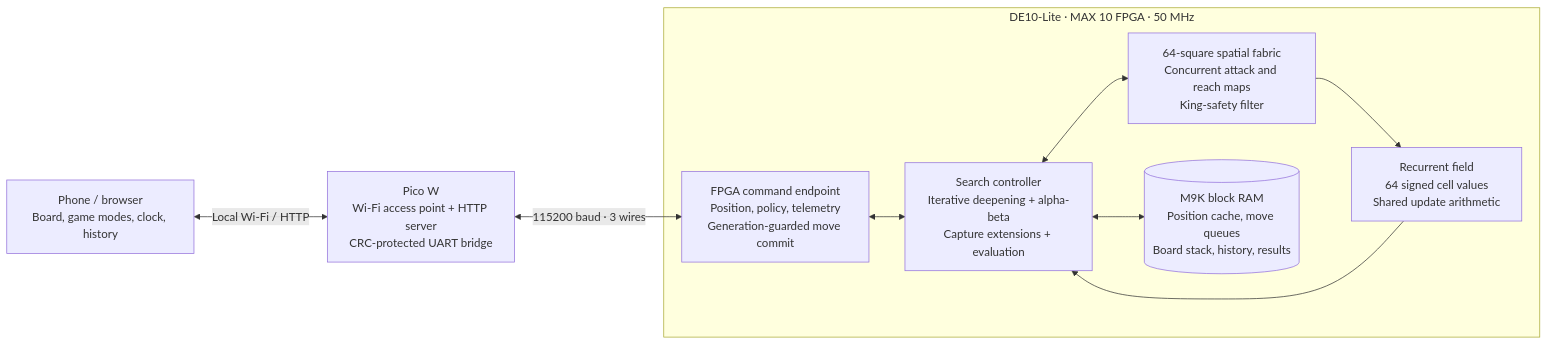
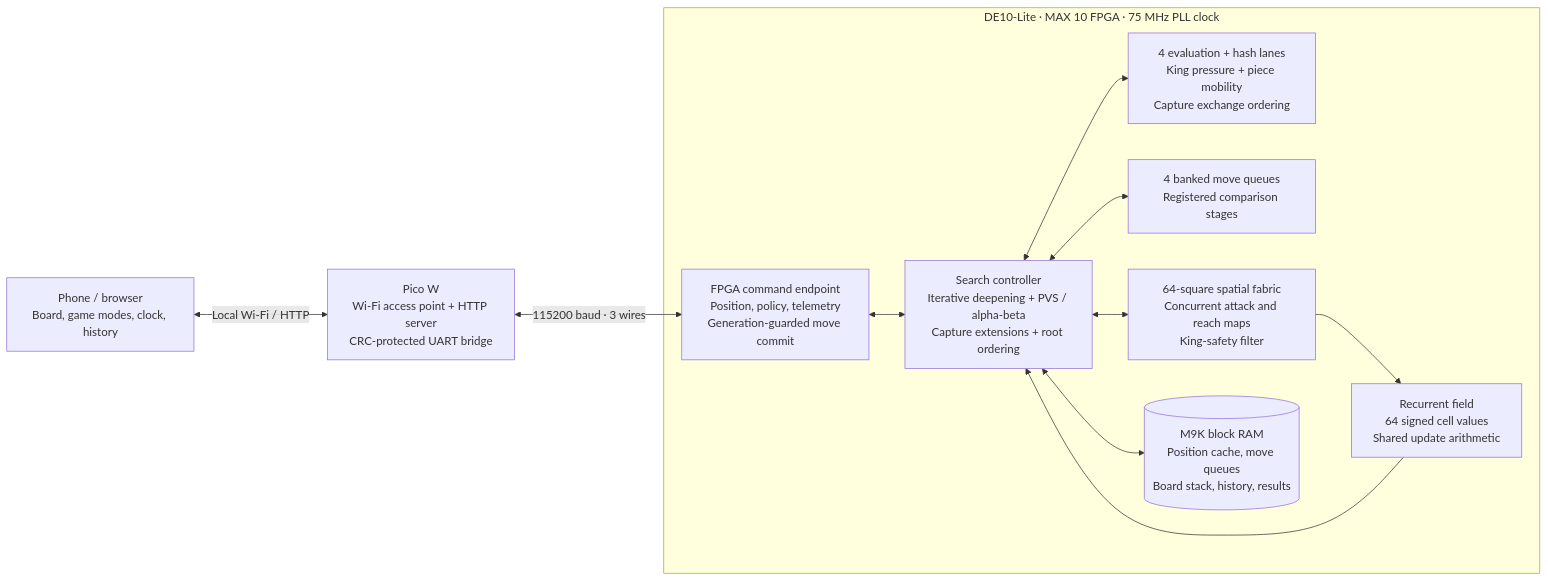
Before and after one commit to phase0noise/DE10LiteChess: the diagram in README.md, drawn with Mermaid. The commit also changed other lines of this file and 41 other files, not shown here.

Commit message:
Advance chess search and close FPGA timing at 75 MHz

````diff
--- a/README.md
+++ b/README.md
@@ -15,19 +15,23 @@
 ```mermaid
 flowchart LR
     Phone["Phone / browser<br/>Board, game modes, clock, history"]
     Pico["Pico W<br/>Wi-Fi access point + HTTP server<br/>CRC-protected UART bridge"]
     API["FPGA command endpoint<br/>Position, policy, telemetry<br/>Generation-guarded move commit"]
-    Search["Search controller<br/>Iterative deepening + alpha-beta<br/>Capture extensions + evaluation"]
+    Search["Search controller<br/>Iterative deepening + PVS / alpha-beta<br/>Capture extensions + root ordering"]
+    Eval["4 evaluation + hash lanes<br/>King pressure + piece mobility<br/>Capture exchange ordering"]
+    Queue["4 banked move queues<br/>Registered comparison stages"]
     Spatial["64-square spatial fabric<br/>Concurrent attack and reach maps<br/>King-safety filter"]
     Field["Recurrent field<br/>64 signed cell values<br/>Shared update arithmetic"]
     RAM[("M9K block RAM<br/>Position cache, move queues<br/>Board stack, history, results")]
     Phone <-->|"Local Wi-Fi / HTTP"| Pico
     Pico <-->|"115200 baud · 3 wires"| API
-    subgraph MAX10["DE10-Lite · MAX 10 FPGA · 50 MHz"]
+    subgraph MAX10["DE10-Lite · MAX 10 FPGA · 75 MHz PLL clock"]
         API <--> Search
         Search <--> Spatial
         Search <--> RAM
+        Search <--> Eval
+        Search <--> Queue
         Field --> Search
         Spatial --> Field
     end
 ```
````
